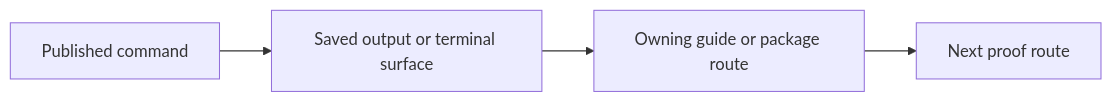
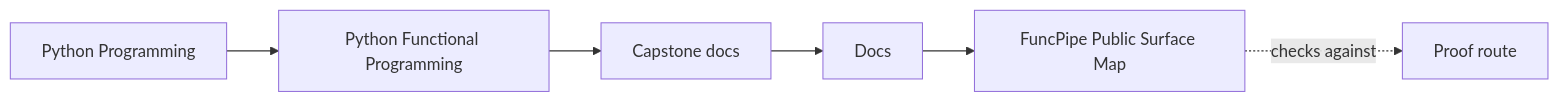
Before and after one commit to bijux/bijux-masterclass: the first of 2 diagrams in programs/python-programming/python-functional-programming/capstone/docs/public-surface-map.md, drawn with Mermaid. The commit also changed other lines of this file and 108 other files, not shown here.

Commit message:
docs(python-functional-programming): map capstone and advanced design surfaces

````diff
--- a/programs/python-programming/python-functional-programming/capstone/docs/public-surface-map.md
+++ b/programs/python-programming/python-functional-programming/capstone/docs/public-surface-map.md
@@ -7,6 +7,12 @@
 ```mermaid
 graph LR
-  command["Published command"] --> output["Saved output or terminal surface"]
-  output --> owner["Owning guide or package route"]
-  owner --> proof["Next proof route"]
+  family["Python Programming"]
+  program["Python Functional Programming"]
+  guide["Capstone docs"]
+  section["Docs"]
+  page["FuncPipe Public Surface Map"]
+  proof["Proof route"]
+
+  family --> program --> guide --> section --> page
+  page -.checks against.-> proof
 ```
````
